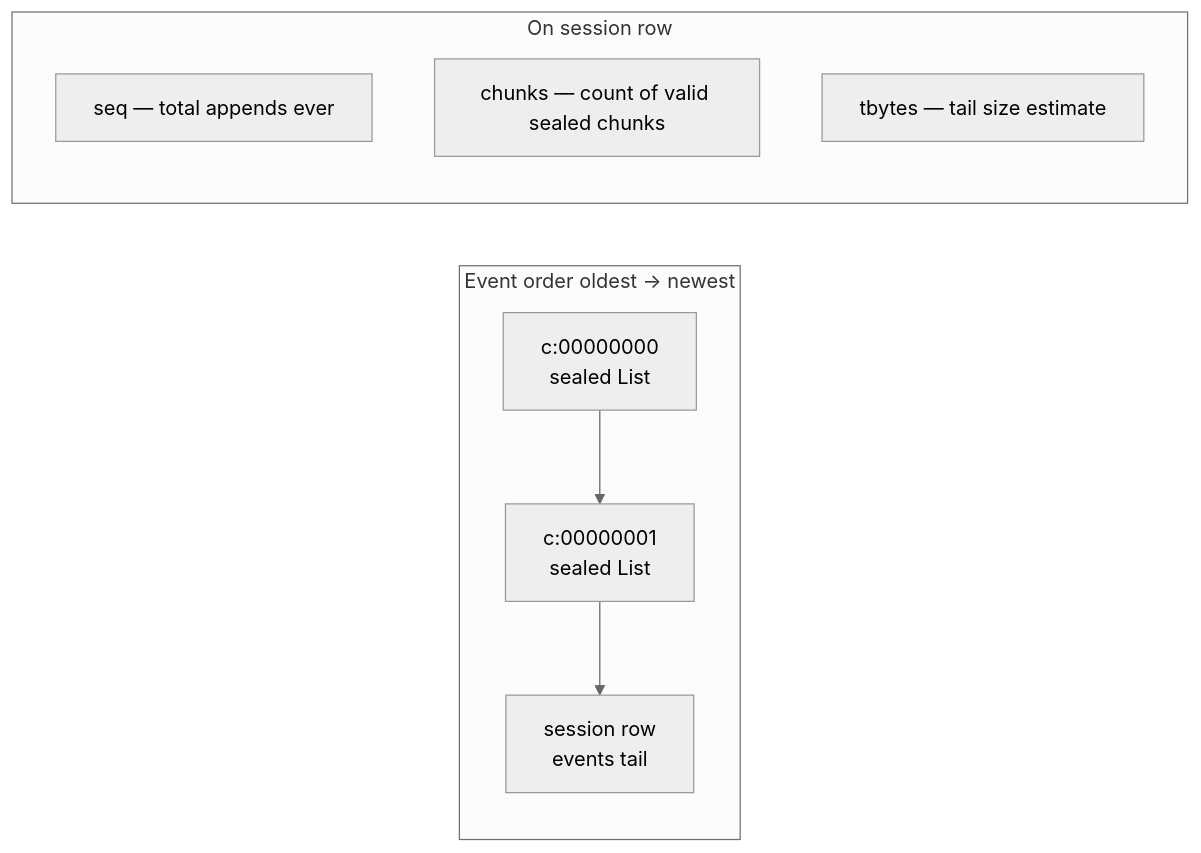
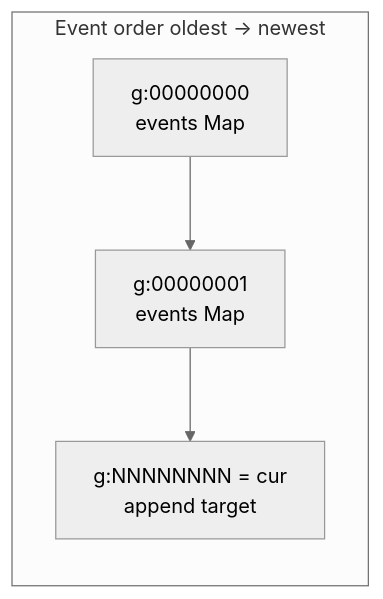
Before and after one commit to aerospike-community/adk-aerospike: the fourth of 9 diagrams in docs/data-model.md, drawn with Mermaid (neutral theme). The commit also changed other lines of this file and 16 other files, not shown here.

````diff
--- a/docs/data-model.md
+++ b/docs/data-model.md
@@ -119,15 +119,9 @@
 ```mermaid
 flowchart LR
   subgraph timeline["Event order oldest → newest"]
-    C0["c:00000000<br/>sealed List"]
-    C1["c:00000001<br/>sealed List"]
-    TAIL["session row<br/>events tail"]
+    C0["g:00000000<br/>events Map"]
+    C1["g:00000001<br/>events Map"]
+    CUR["g:NNNNNNNN = cur<br/>append target"]
   end
-  C0 --> C1 --> TAIL
-
-  subgraph session_meta["On session row"]
-    SEQ["seq — total appends ever"]
-    CH["chunks — count of valid sealed chunks"]
-    TB["tbytes — tail size estimate"]
-  end
+  C0 --> C1 --> CUR
 ```
````
